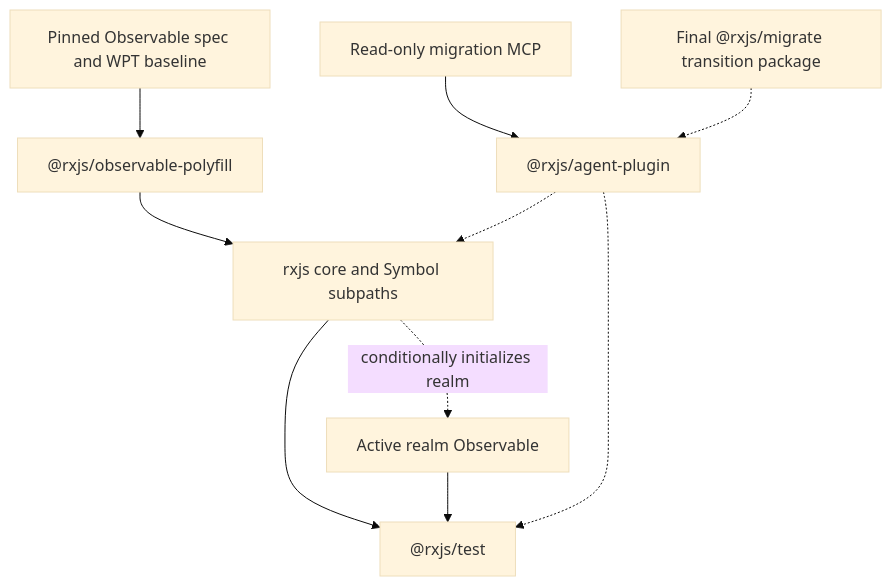
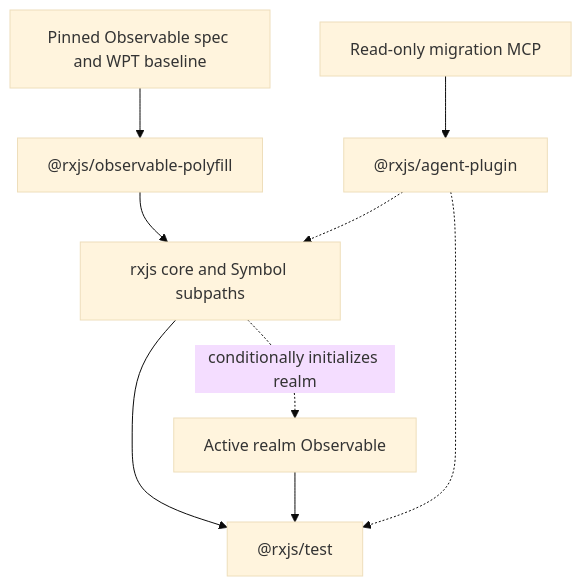
The third of 3 diagrams in docs/rxjs-next/ARCHITECTURE.md (ReactiveX/rxjs), drawn with Mermaid (base theme) before and after one commit. The commit also changed other lines of this file and 164 other files, not shown here.

Commit message:
feat(agent-plugin): retire standalone migration package

````diff
--- a/docs/rxjs-next/ARCHITECTURE.md
+++ b/docs/rxjs-next/ARCHITECTURE.md
@@ -1085,12 +1079,11 @@
 ```mermaid
 flowchart TD
     Standards["Pinned Observable spec and WPT baseline"] --> Polyfill["@rxjs/observable-polyfill"]
     Polyfill --> RxJS["rxjs core and Symbol subpaths"]
     RxJS --> Test["@rxjs/test"]
     Active["Active realm Observable"] --> Test["@rxjs/test"]
     RxJS -.->|conditionally initializes realm| Active
     Plugin["@rxjs/agent-plugin"] -.-> RxJS
     Plugin -.-> Test
     MCP["Read-only migration MCP"] --> Plugin
-    Migrate["Final @rxjs/migrate transition package"] -.-> Plugin
 ```
````
